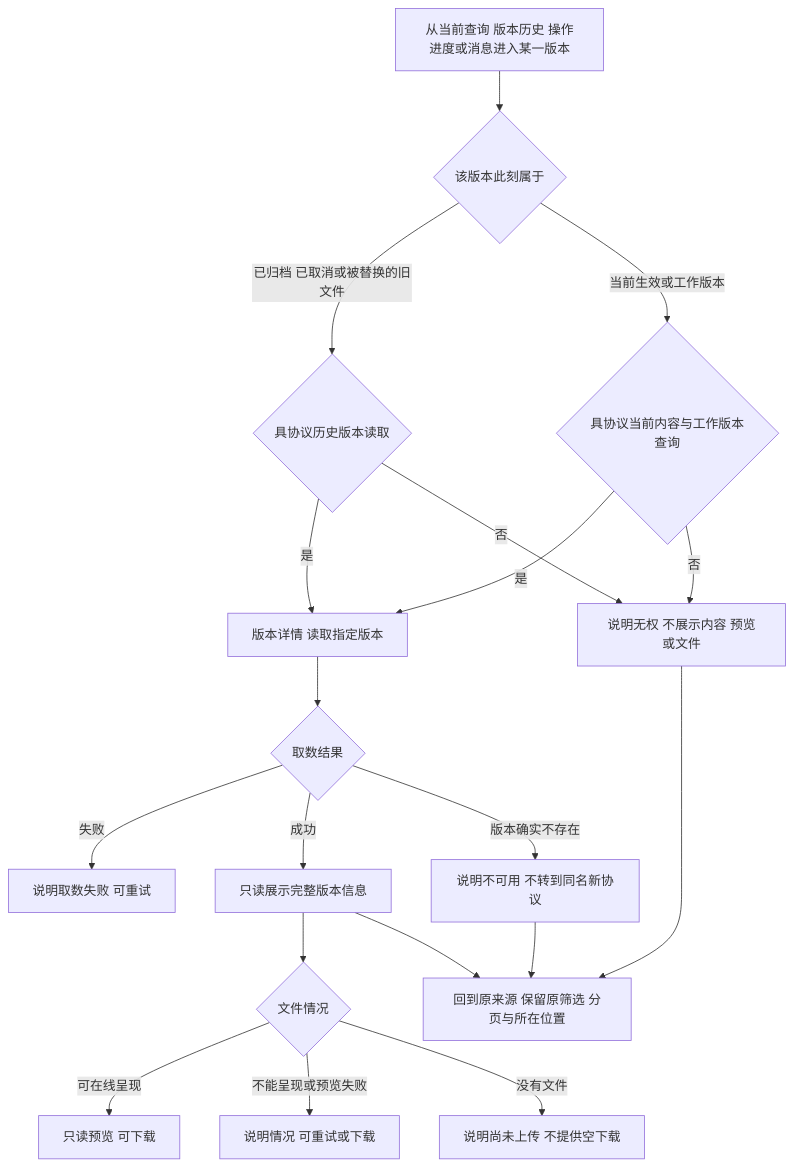
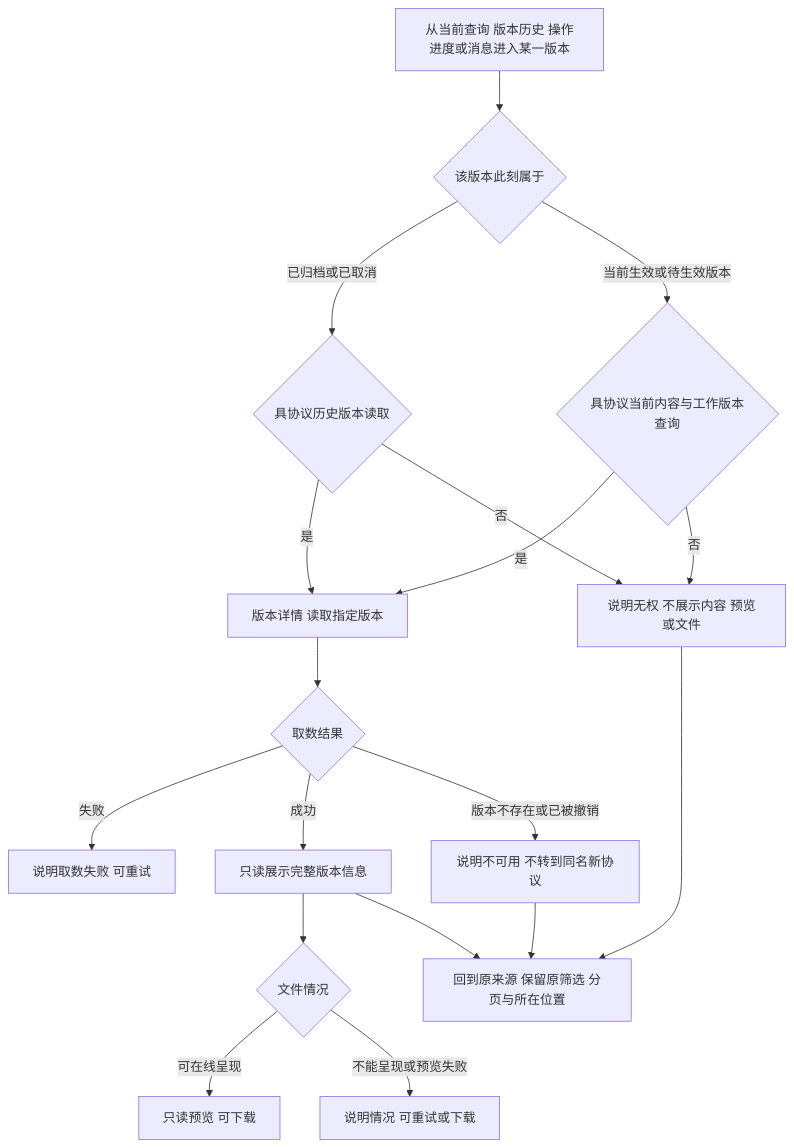
One commit to wxblockchain/Chain-Financing changed the third of 8 diagrams in lending-platform/PRD/运营端/03-运营端协议管理/02-运营端协议管理-流程图与状态机.md. Above: the diagram before and after it, drawn with Mermaid. The commit also changed other lines of this file and 5 other files, not shown here.

````diff
--- a/lending-platform/PRD/运营端/03-运营端协议管理/02-运营端协议管理-流程图与状态机.md
+++ b/lending-platform/PRD/运营端/03-运营端协议管理/02-运营端协议管理-流程图与状态机.md
@@ -93,21 +72,20 @@
 ```mermaid
 flowchart TD
     A[从当前查询 版本历史 操作进度或消息进入某一版本] --> B{该版本此刻属于}
-    B -->|当前生效或工作版本| C{具协议当前内容与工作版本查询}
-    B -->|已归档 已取消或被替换的旧文件| D{具协议历史版本读取}
+    B -->|当前生效或待生效版本| C{具协议当前内容与工作版本查询}
+    B -->|已归档或已取消| D{具协议历史版本读取}
     C -->|否| E[说明无权 不展示内容 预览或文件]
     D -->|否| E
     C -->|是| F[版本详情 读取指定版本]
     D -->|是| F
     F --> G{取数结果}
     G -->|失败| H[说明取数失败 可重试]
-    G -->|版本确实不存在| I[说明不可用 不转到同名新协议]
+    G -->|版本不存在或已被撤销| I[说明不可用 不转到同名新协议]
     G -->|成功| J[只读展示完整版本信息]
     J --> K{文件情况}
     K -->|可在线呈现| L[只读预览 可下载]
     K -->|不能呈现或预览失败| M[说明情况 可重试或下载]
-    K -->|没有文件| N[说明尚未上传 不提供空下载]
     E --> O[回到原来源 保留原筛选 分页与所在位置]
     I --> O
     J --> O
 ```
````
